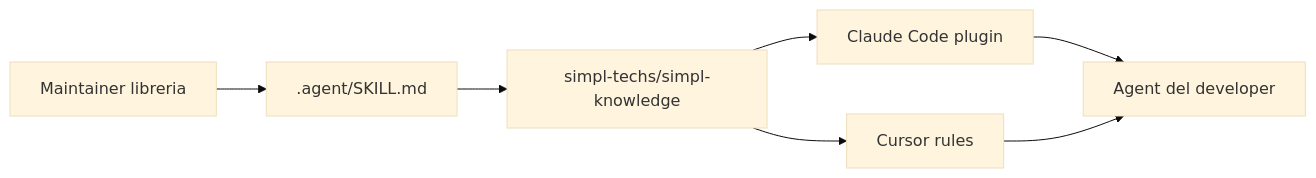
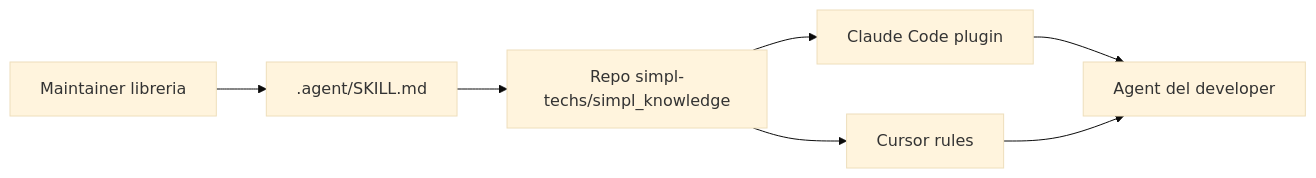
One commit to simpl-techs/simpl_knowledge changed the diagram in docs/human/QUICKSTART.md. Above: the diagram before and after it, drawn with Mermaid (base theme). The commit also changed other lines of this file and 47 other files, not shown here.

````diff
--- a/docs/human/QUICKSTART.md
+++ b/docs/human/QUICKSTART.md
@@ -5,9 +5,9 @@
 ```mermaid
 flowchart LR
   maintainer[Maintainer libreria] --> skill[".agent/SKILL.md"]
-  skill --> hub[simpl-techs/simpl-knowledge]
+  skill --> hub["Repo simpl-techs/simpl_knowledge"]
   hub --> claude[Claude Code plugin]
   hub --> cursor[Cursor rules]
   claude --> dev[Agent del developer]
   cursor --> dev
 ```
````
